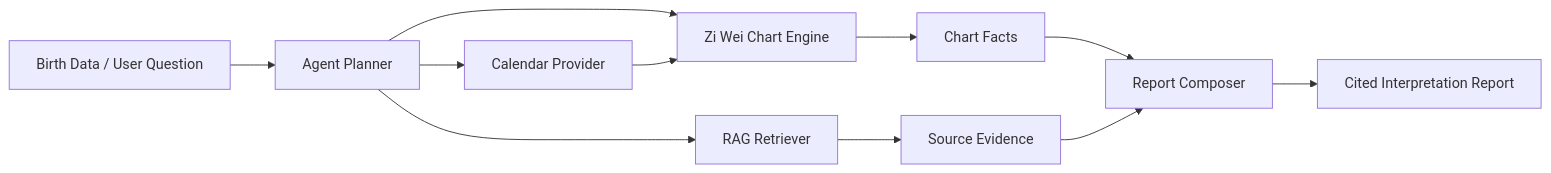
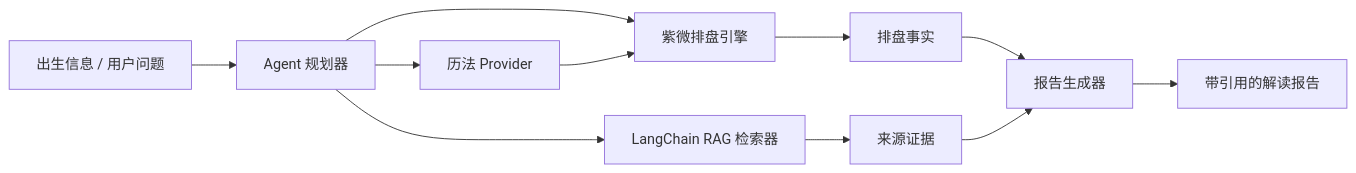
Before and after one commit to real-fzw/xuan-agent: the diagram in docs/architecture.md, drawn with Mermaid. The commit also changed other lines of this file and 34 other files, not shown here.

Commit message:
feat: build ziwei workbench and langchain rag

````diff
--- a/docs/architecture.md
+++ b/docs/architecture.md
@@ -5,13 +5,13 @@
 ```mermaid
 flowchart LR
-  Input["Birth Data / User Question"] --> Planner["Agent Planner"]
-  Planner --> Calendar["Calendar Provider"]
-  Planner --> Ziwei["Zi Wei Chart Engine"]
-  Planner --> Retriever["RAG Retriever"]
+  Input["出生信息 / 用户问题"] --> Planner["Agent 规划器"]
+  Planner --> Calendar["历法 Provider"]
+  Planner --> Ziwei["紫微排盘引擎"]
+  Planner --> Retriever["LangChain RAG 检索器"]
   Calendar --> Ziwei
-  Ziwei --> Facts["Chart Facts"]
-  Retriever --> Evidence["Source Evidence"]
-  Facts --> Reporter["Report Composer"]
+  Ziwei --> Facts["排盘事实"]
+  Retriever --> Evidence["来源证据"]
+  Facts --> Reporter["报告生成器"]
   Evidence --> Reporter
-  Reporter --> Output["Cited Interpretation Report"]
+  Reporter --> Output["带引用的解读报告"]
 ```
````
